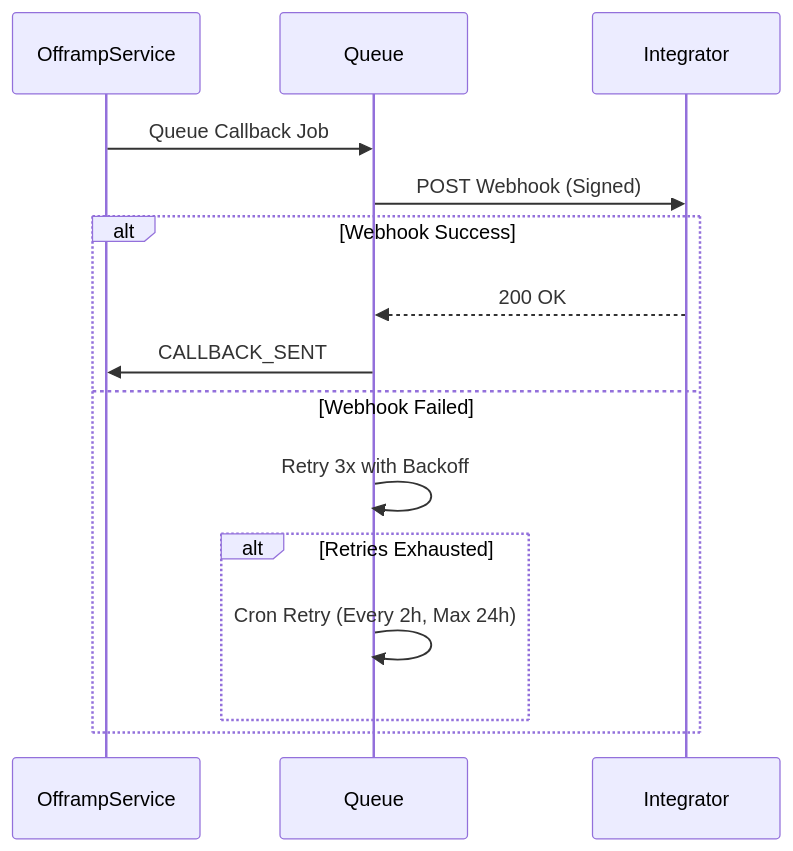
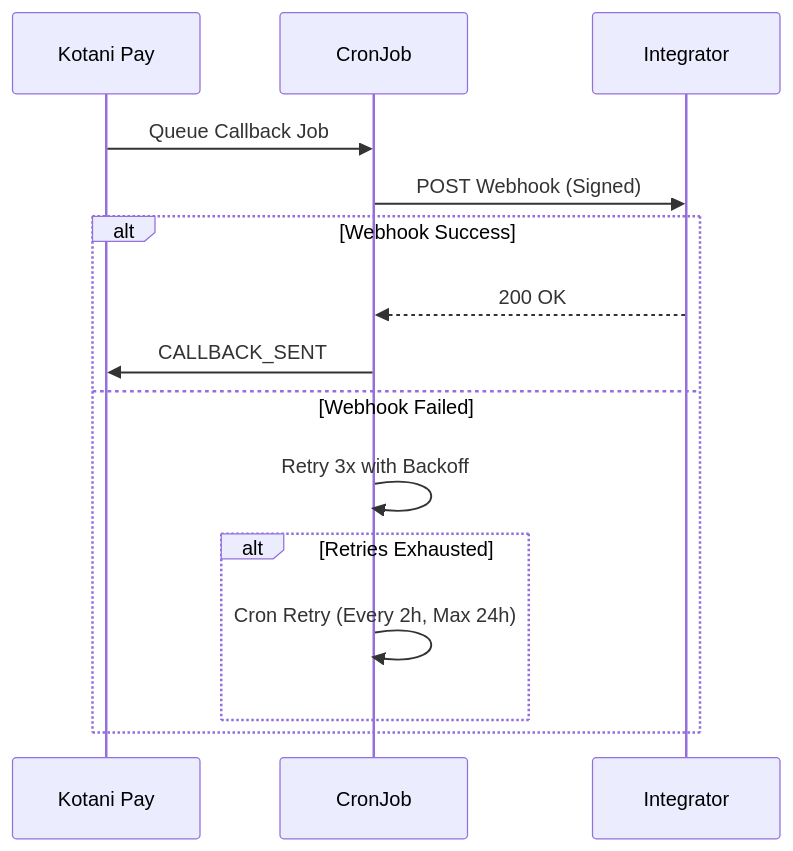
One commit to john-muinde/docs changed the seventh of 7 diagrams in v3/flows/offramp-flow.mdx. Above: the diagram before and after it, drawn with Mermaid. The commit also changed other lines of this file and 5 other files, not shown here.

````diff
--- a/v3/flows/offramp-flow.mdx
+++ b/v3/flows/offramp-flow.mdx
@@ -184,19 +172,19 @@
 ```mermaid
 sequenceDiagram
-    participant OfframpService
-    participant Queue
+    participant Kotani Pay
+    participant CronJob
     participant Integrator
 
-    OfframpService->>Queue: Queue Callback Job
-    Queue->>Integrator: POST Webhook (Signed)
+    Kotani Pay->>CronJob: Queue Callback Job
+    CronJob->>Integrator: POST Webhook (Signed)
 
     alt Webhook Success
-        Integrator-->>Queue: 200 OK
-        Queue->>OfframpService: CALLBACK_SENT
+        Integrator-->>CronJob: 200 OK
+        CronJob->>Kotani Pay: CALLBACK_SENT
     else Webhook Failed
-        Queue->>Queue: Retry 3x with Backoff
+        CronJob->>CronJob: Retry 3x with Backoff
         alt Retries Exhausted
-            Queue->>Queue: Cron Retry (Every 2h, Max 24h)
+            CronJob->>CronJob: Cron Retry (Every 2h, Max 24h)
         end
     end
 ```
````
